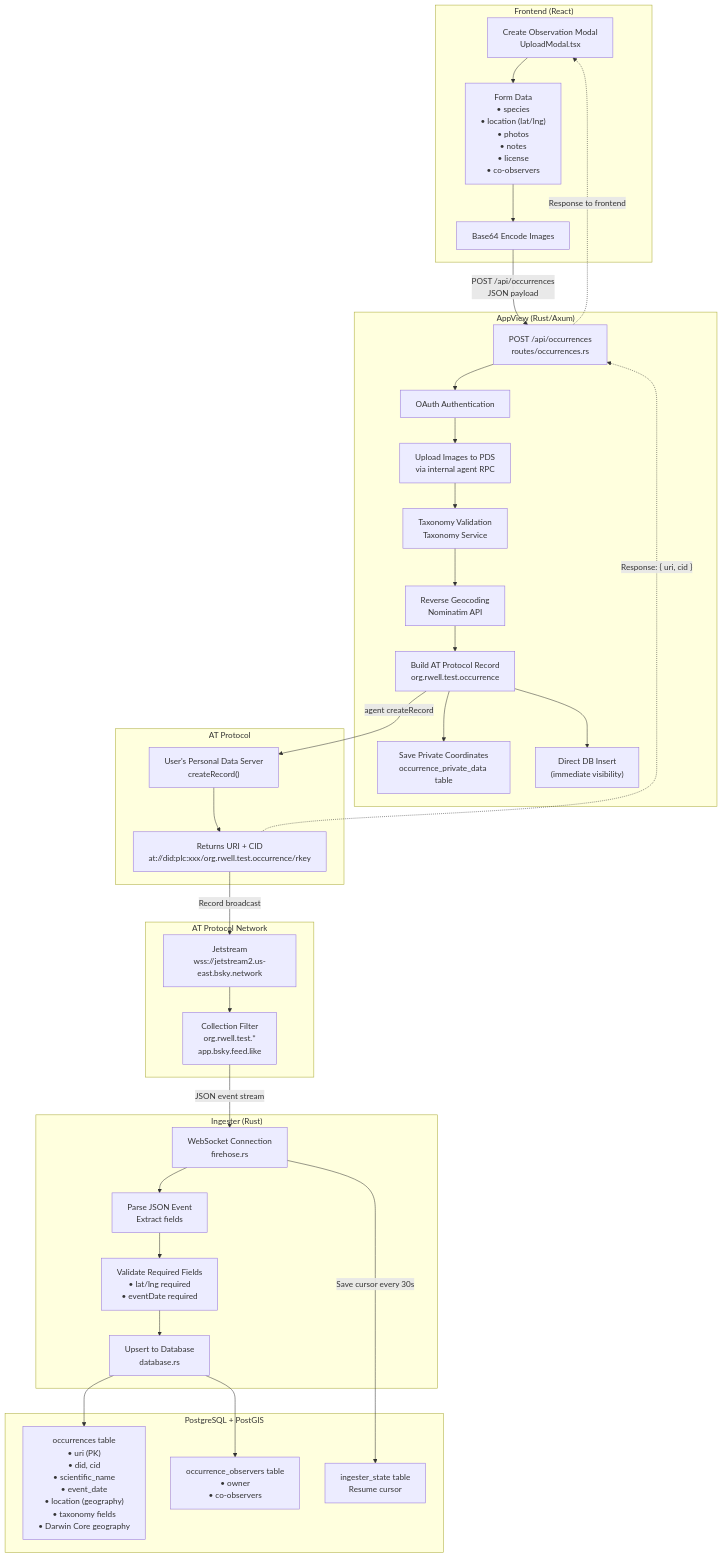
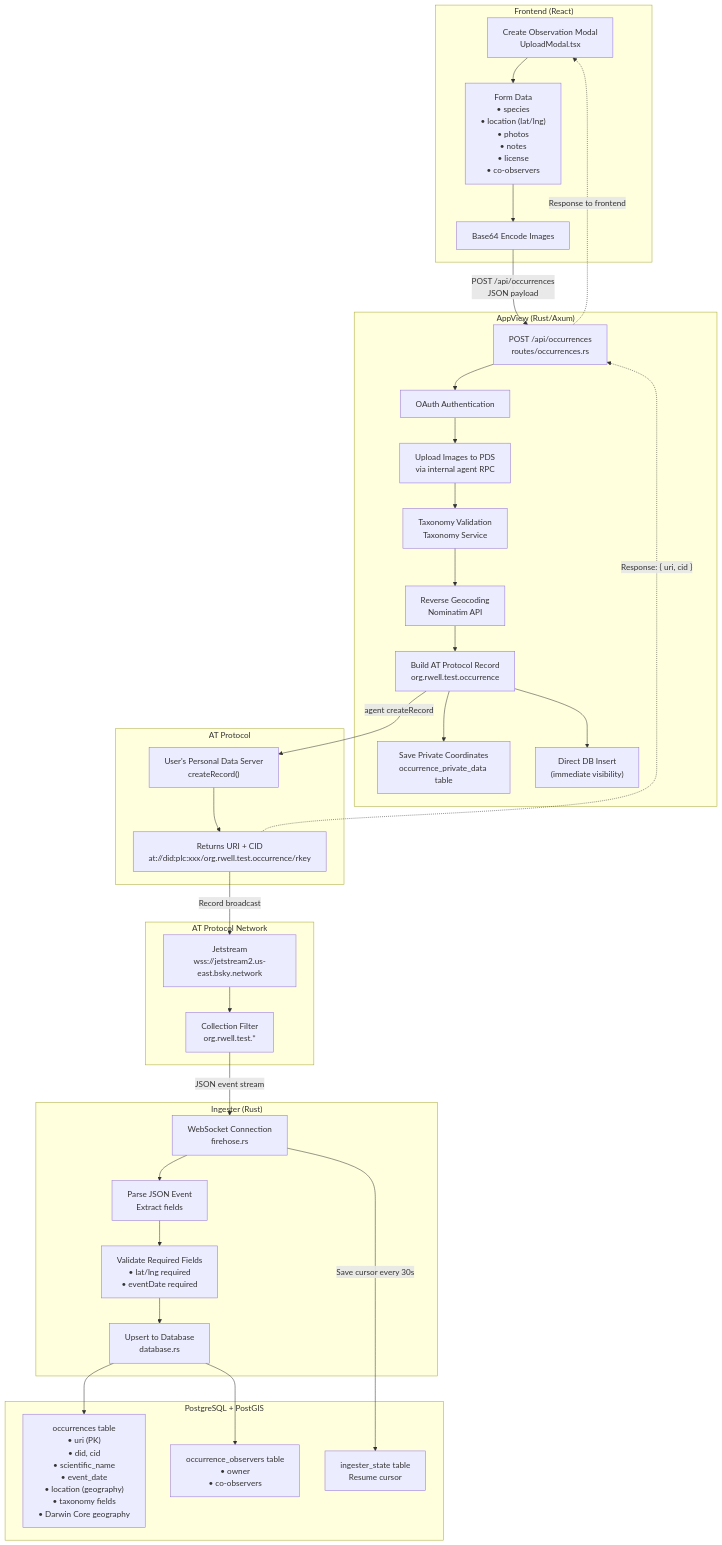
One commit to observ-ing/core changed the diagram in docs/data-flow.md. Above: the diagram before and after it, drawn with Mermaid. The commit also changed other lines of this file and 8 other files, not shown here.

First line of the commit message:
Remove app.bsky.feed.like lexicon

````diff
--- a/docs/data-flow.md
+++ b/docs/data-flow.md
@@ -7,68 +7,68 @@
 ```mermaid
 flowchart TB
     subgraph Frontend["Frontend (React)"]
         Modal["Create Observation Modal<br/>UploadModal.tsx"]
         FormData["Form Data<br/>• species<br/>• location (lat/lng)<br/>• photos<br/>• notes<br/>• license<br/>• co-observers"]
         Base64["Base64 Encode Images"]
         Modal --> FormData --> Base64
     end
 
     subgraph AppView["AppView (Rust/Axum)"]
         API["POST /api/occurrences<br/>routes/occurrences.rs"]
         Auth["OAuth Authentication"]
         BlobUpload["Upload Images to PDS<br/>via internal agent RPC"]
         GBIF["Taxonomy Validation<br/>Taxonomy Service"]
         Geocode["Reverse Geocoding<br/>Nominatim API"]
         BuildRecord["Build AT Protocol Record<br/>org.rwell.test.occurrence"]
         PrivateData["Save Private Coordinates<br/>occurrence_private_data table"]
         DirectInsert["Direct DB Insert<br/>(immediate visibility)"]
     end
 
     subgraph ATProtocol["AT Protocol"]
         PDS["User's Personal Data Server<br/>createRecord()"]
         URI["Returns URI + CID<br/>at://did:plc:xxx/org.rwell.test.occurrence/rkey"]
     end
 
     subgraph Firehose["AT Protocol Network"]
         Jetstream["Jetstream<br/>wss://jetstream2.us-east.bsky.network"]
-        Filter["Collection Filter<br/>org.rwell.test.*<br/>app.bsky.feed.like"]
+        Filter["Collection Filter<br/>org.rwell.test.*"]
     end
 
     subgraph Ingester["Ingester (Rust)"]
         WS["WebSocket Connection<br/>firehose.rs"]
         Parse["Parse JSON Event<br/>Extract fields"]
         Validate["Validate Required Fields<br/>• lat/lng required<br/>• eventDate required"]
         Upsert["Upsert to Database<br/>database.rs"]
     end
 
     subgraph Database["PostgreSQL + PostGIS"]
         Occurrences["occurrences table<br/>• uri (PK)<br/>• did, cid<br/>• scientific_name<br/>• event_date<br/>• location (geography)<br/>• taxonomy fields<br/>• Darwin Core geography"]
         Observers["occurrence_observers table<br/>• owner<br/>• co-observers"]
         Cursor["ingester_state table<br/>Resume cursor"]
     end
 
     %% Main flow
     Base64 -->|"POST /api/occurrences<br/>JSON payload"| API
     API --> Auth
     Auth --> BlobUpload
     BlobUpload --> GBIF
     GBIF --> Geocode
     Geocode --> BuildRecord
     BuildRecord -->|"agent createRecord"| PDS
     BuildRecord --> PrivateData
     BuildRecord --> DirectInsert
     PDS --> URI
     URI -->|"Record broadcast"| Jetstream
     Jetstream --> Filter
     Filter -->|"JSON event stream"| WS
     WS --> Parse
     Parse --> Validate
     Validate --> Upsert
     Upsert --> Occurrences
     Upsert --> Observers
     WS -->|"Save cursor every 30s"| Cursor
 
     %% Response flow
     URI -.->|"Response: { uri, cid }"| API
     API -.->|"Response to frontend"| Modal
 ```
````
